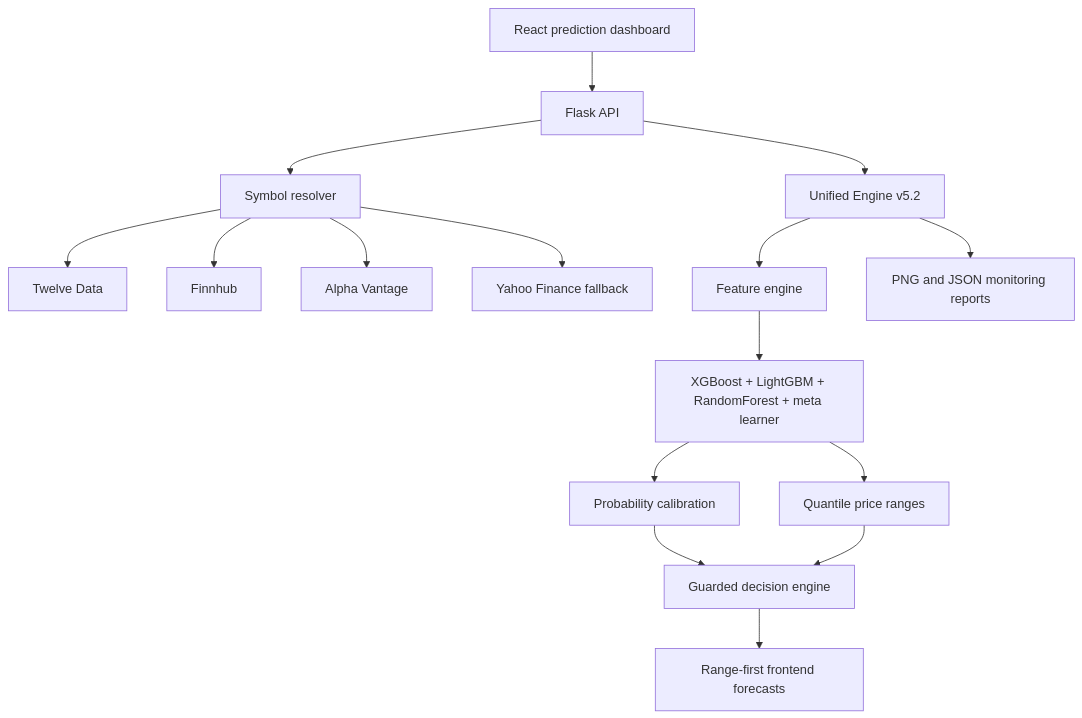
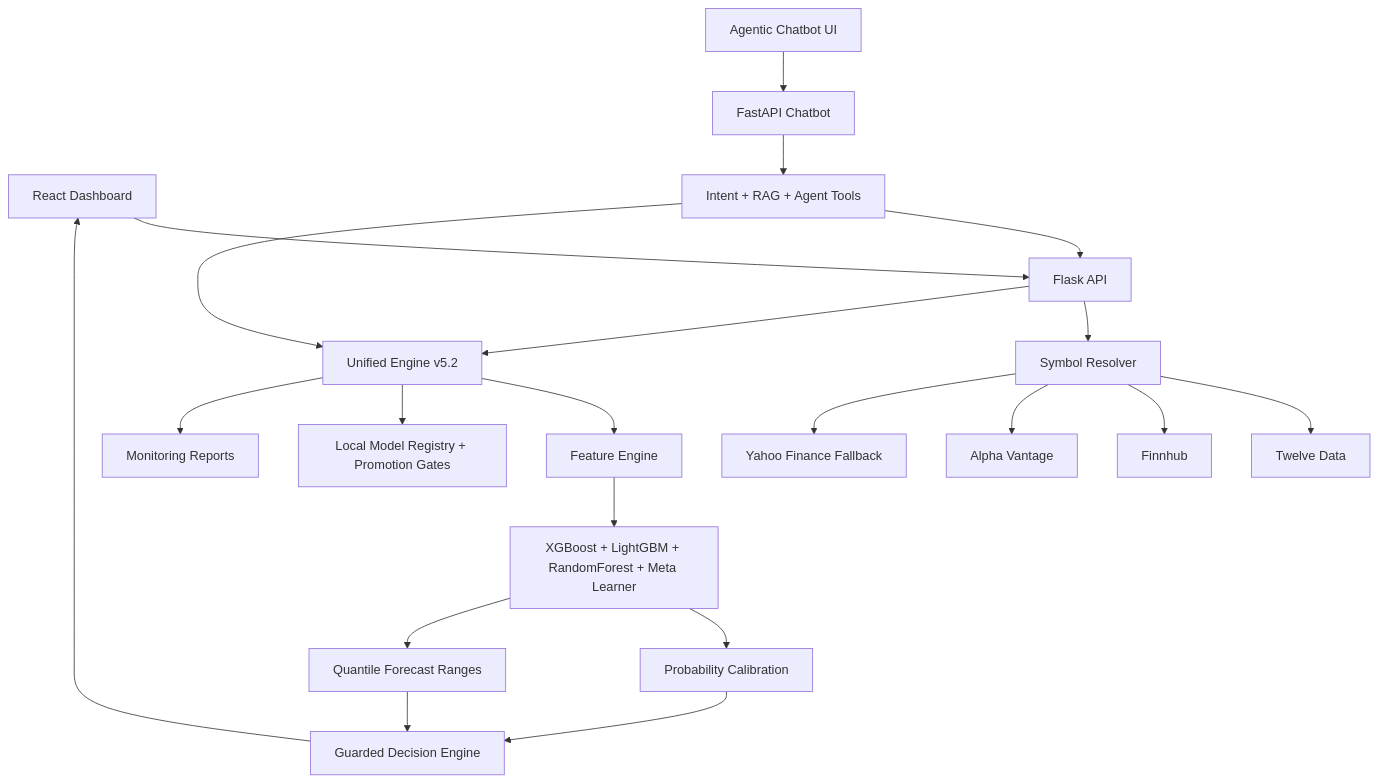
The diagram in README.md (Naveenkumar-2007/Ai-stocks), drawn with Mermaid before and after one commit. The commit also changed other lines of this file and 40 other files, not shown here.

Commit message:
Add agentic chatbot and MLOps quality gates

````diff
--- a/README.md
+++ b/README.md
@@ -96,18 +86,23 @@
 ```mermaid
 graph TD
-    UI[React prediction dashboard] --> API[Flask API]
-    API --> Resolver[Symbol resolver]
+    UI[React Dashboard] --> API[Flask API]
+    ChatUI[Agentic Chatbot UI] --> ChatAPI[FastAPI Chatbot]
+    ChatAPI --> Agent[Intent + RAG + Agent Tools]
+    Agent --> API
+    Agent --> Engine[Unified Engine v5.2]
+    API --> Resolver[Symbol Resolver]
     Resolver --> TD[Twelve Data]
     Resolver --> FH[Finnhub]
     Resolver --> AV[Alpha Vantage]
-    Resolver --> YF[Yahoo Finance fallback]
-    API --> Engine[Unified Engine v5.2]
-    Engine --> Features[Feature engine]
-    Features --> Models[XGBoost + LightGBM + RandomForest + meta learner]
-    Models --> Calib[Probability calibration]
-    Models --> Quantiles[Quantile price ranges]
-    Calib --> Decision[Guarded decision engine]
+    Resolver --> YF[Yahoo Finance Fallback]
+    API --> Engine
+    Engine --> Features[Feature Engine]
+    Features --> Models[XGBoost + LightGBM + RandomForest + Meta Learner]
+    Models --> Calib[Probability Calibration]
+    Models --> Quantiles[Quantile Forecast Ranges]
+    Calib --> Decision[Guarded Decision Engine]
     Quantiles --> Decision
-    Decision --> Ranges[Range-first frontend forecasts]
-    Engine --> Reports[PNG and JSON monitoring reports]
+    Decision --> UI
+    Engine --> Registry[Local Model Registry + Promotion Gates]
+    Engine --> Reports[Monitoring Reports]
 ```
````
